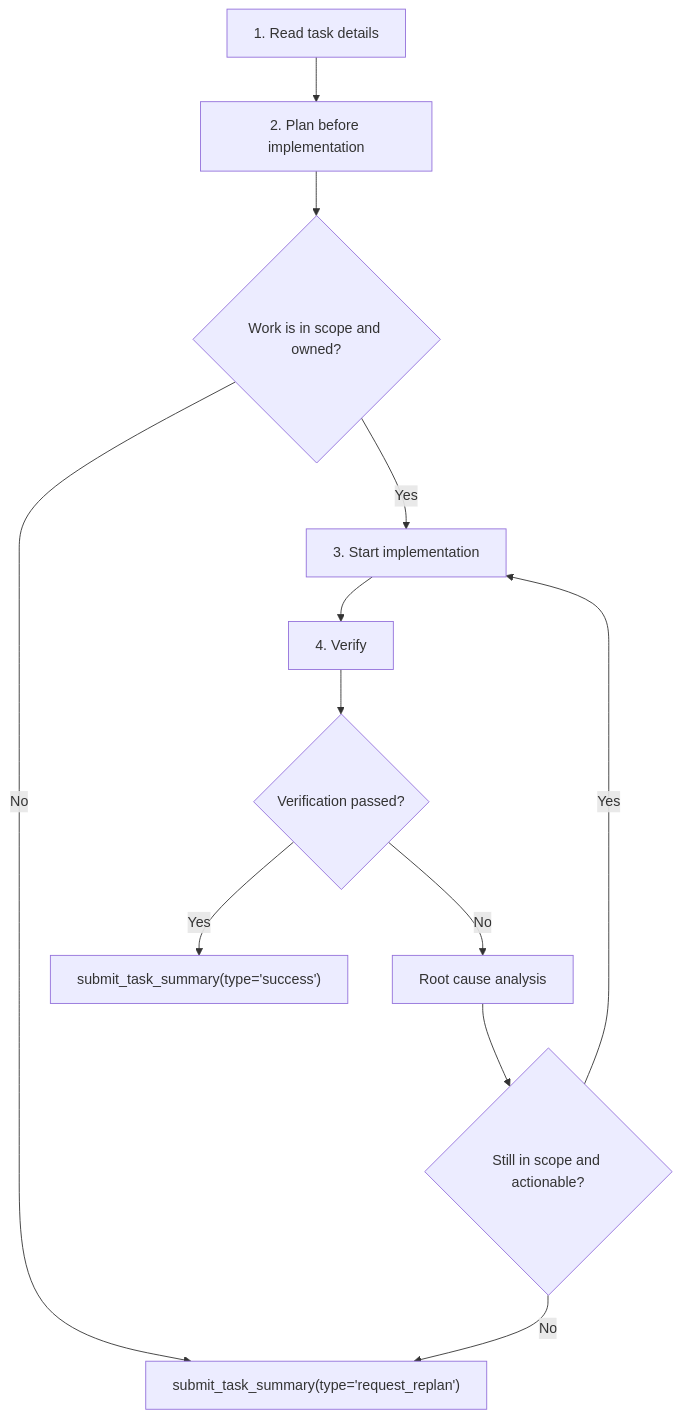
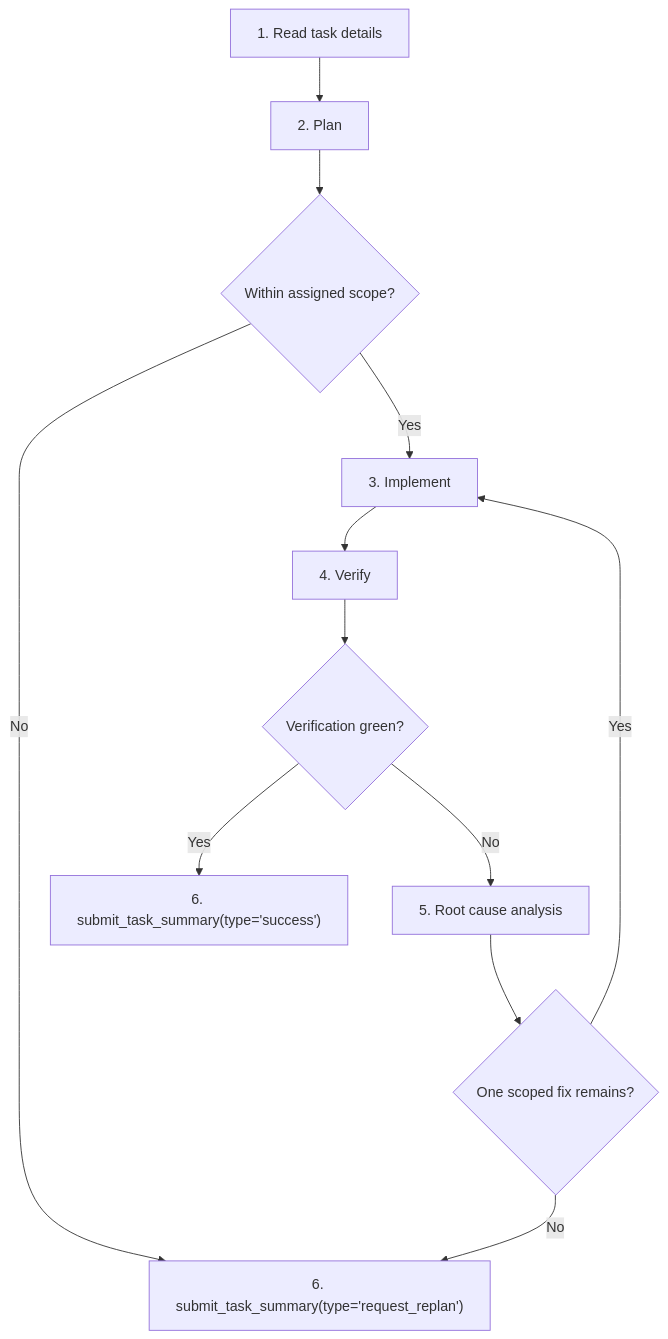
Before and after one commit to Ephemeral-AI-Lab/ephemeral-os: the diagram in backend/src/skills/bundled/content/team-developer-playbook/SKILL.md, drawn with Mermaid. The commit also changed other lines of this file and 23 other files, not shown here.

Commit message:
Update team playbooks for replan root cause traces

````diff
--- a/backend/src/skills/bundled/content/team-developer-playbook/SKILL.md
+++ b/backend/src/skills/bundled/content/team-developer-playbook/SKILL.md
@@ -12,14 +12,14 @@
 ```mermaid
 flowchart TD
-    A["1. Read task details"] --> B["2. Plan before implementation"]
-    B --> C{"Work is in scope and owned?"}
-    C -- "No" --> R["submit_task_summary(type='request_replan')"]
-    C -- "Yes" --> D["3. Start implementation"]
+    A["1. Read task details"] --> B["2. Plan"]
+    B --> C{"Within assigned scope?"}
+    C -- "No" --> R["6. submit_task_summary(type='request_replan')"]
+    C -- "Yes" --> D["3. Implement"]
     D --> E["4. Verify"]
-    E --> F{"Verification passed?"}
-    F -- "Yes" --> S["submit_task_summary(type='success')"]
-    F -- "No" --> G["Root cause analysis"]
-    G --> H{"Still in scope and actionable?"}
+    E --> F{"Verification green?"}
+    F -- "Yes" --> S["6. submit_task_summary(type='success')"]
+    F -- "No" --> G["5. Root cause analysis"]
+    G --> H{"One scoped fix remains?"}
     H -- "Yes" --> D
     H -- "No" --> R
 ```
````
